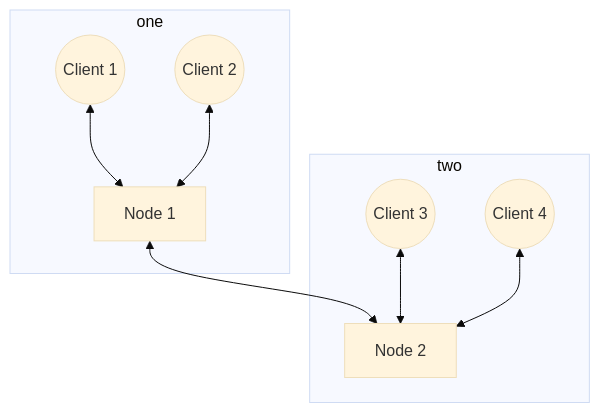
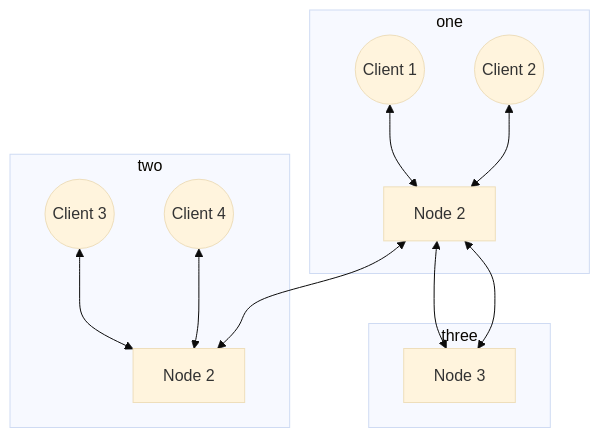
Before and after one commit to niklas-enns/message-broker: the diagram in README.md, drawn with Mermaid (base theme).

````diff
--- a/README.md
+++ b/README.md
@@ -11,12 +11,17 @@
 ```mermaid
 graph TB;
     N1[Node 1]<-->N2[Node 2]
+    N1[Node 1]<-->N3[Node 3]
+    N1[Node 2]<-->N3[Node 3]
     subgraph one
     C1((Client 1))<-->N1;
     C2((Client 2))<-->N1;
     end
     subgraph two
     C3((Client 3))<-->N2;
     C4((Client 4))<-->N2;
     end
+    subgraph three
+    N3[Node 3]
+    end
 ```
````
